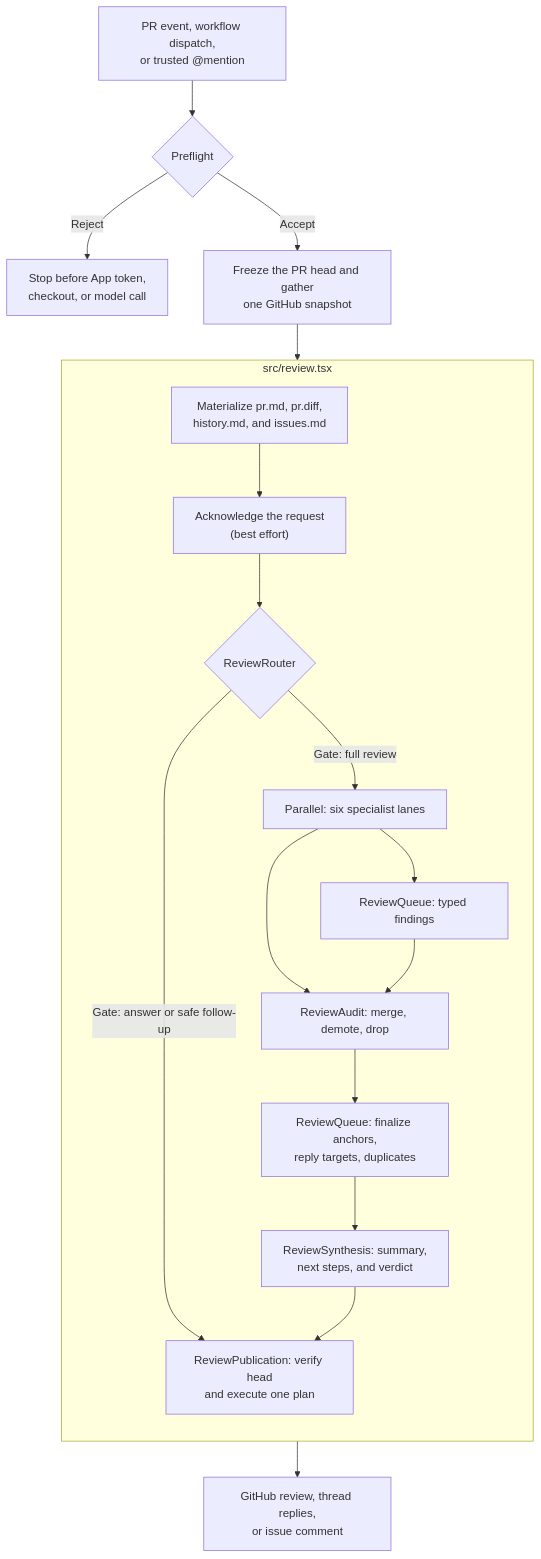
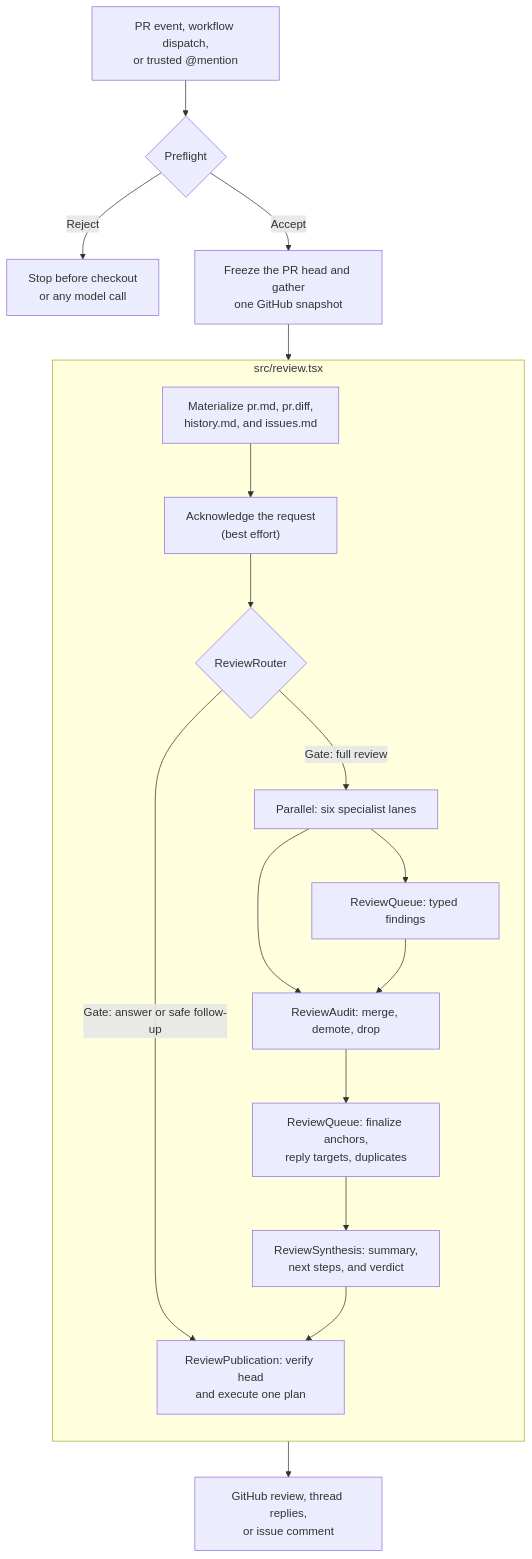
Before and after one commit to adlrocha/nibble-review: the diagram in README.md, drawn with Mermaid. The commit also changed other lines of this file and 29 other files, not shown here.

````diff
--- a/README.md
+++ b/README.md
@@ -32,23 +38,23 @@
 ```mermaid
 flowchart TB
     event["PR event, workflow dispatch,<br/>or trusted @mention"] --> preflight{"Preflight"}
-    preflight -->|Reject| stop["Stop before App token,<br/>checkout, or model call"]
+    preflight -->|Reject| stop["Stop before checkout<br/>or any model call"]
     preflight -->|Accept| snapshot["Freeze the PR head and gather<br/>one GitHub snapshot"]
 
     subgraph review["src/review.tsx"]
       direction TB
       context["Materialize pr.md, pr.diff,<br/>history.md, and issues.md"] --> acknowledgement["Acknowledge the request<br/>(best effort)"]
       acknowledgement --> router{"ReviewRouter"}
       router -->|Gate: answer or safe follow-up| publication
       router -->|Gate: full review| parallel["Parallel: six specialist lanes"]
       parallel --> queue["ReviewQueue: typed findings"]
       parallel --> audit
       queue --> audit["ReviewAudit: merge, demote, drop"]
       audit --> finalization["ReviewQueue: finalize anchors,<br/>reply targets, duplicates"]
       finalization --> synthesis["ReviewSynthesis: summary,<br/>next steps, and verdict"]
       synthesis --> publication["ReviewPublication: verify head<br/>and execute one plan"]
     end
 
     snapshot --> context
     publication --> github["GitHub review, thread replies,<br/>or issue comment"]
 ```
````
